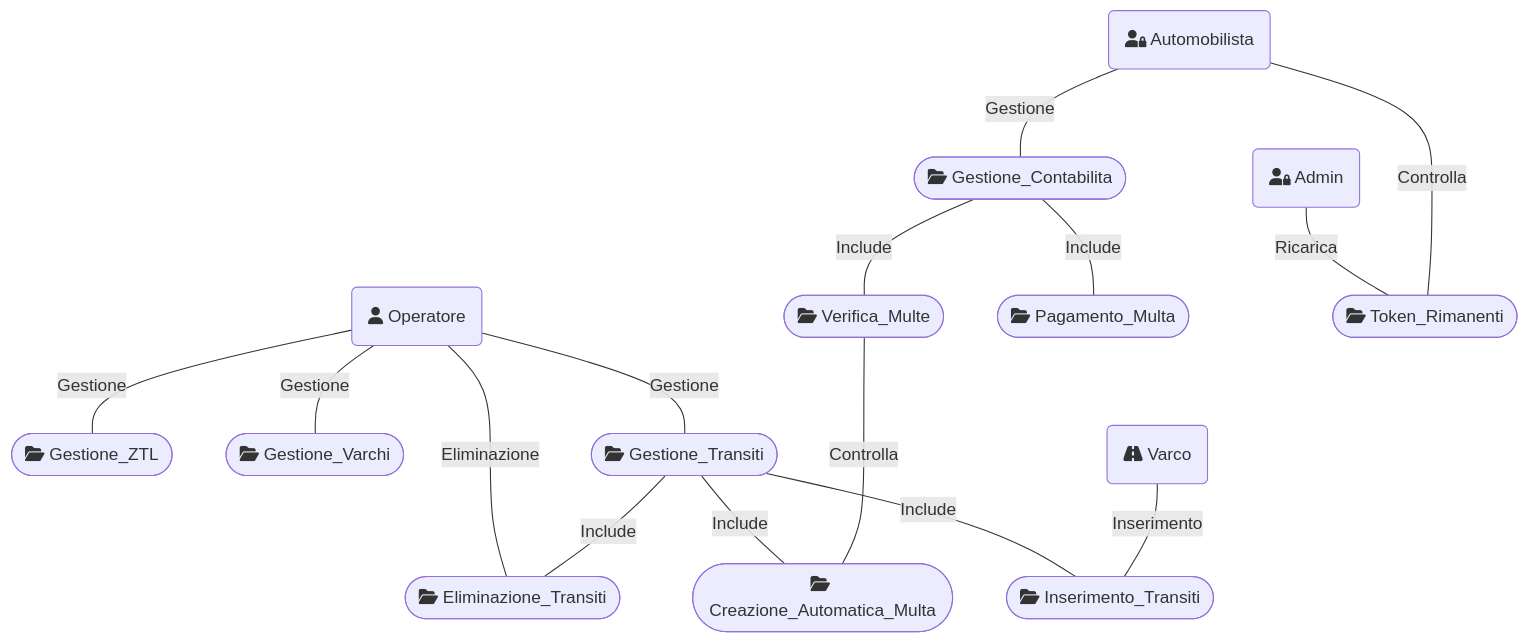
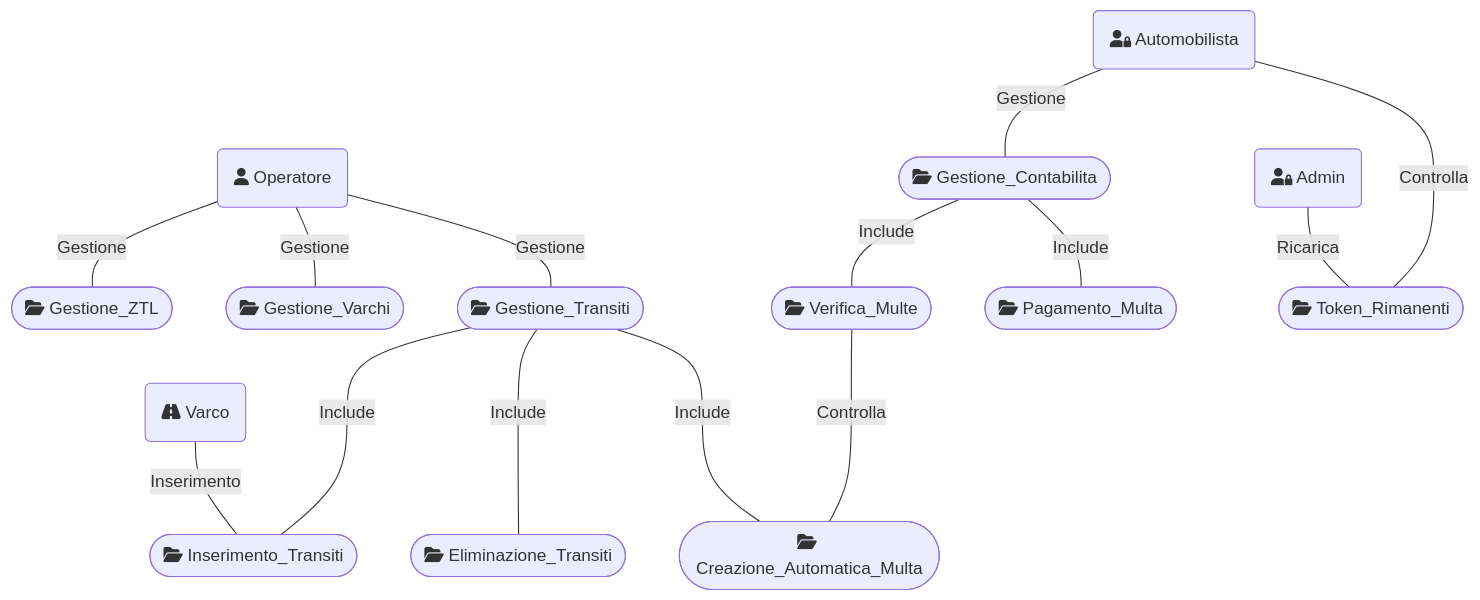
The second of 12 diagrams in README.md (Arianna6400/Adv_Prog), drawn with Mermaid before and after one commit.

Commit message:
Update README.md
correzione casi d'uso

````diff
--- a/README.md
+++ b/README.md
@@ -123,22 +123,21 @@
 ```mermaid
 graph TD
     Operatore(fa:fa-user Operatore) ---|Gestione| GestioneZTL([fa:fa-folder-open Gestione_ZTL])
     Operatore ---|Gestione| GestioneVarchi([fa:fa-folder-open Gestione_Varchi])
     Operatore ---|Gestione| GestioneTransiti([fa:fa-folder-open Gestione_Transiti])
-    Operatore ---|Eliminazione| EliminazioneTransiti([fa:fa-folder-open Eliminazione_e_Update_Transiti])
 
-    GestioneTransiti ---|Include| InserimentoTransiti([fa:fa-folder-open Inserimento_Transiti])
-    GestioneTransiti ---|Include| EliminazioneTransiti([fa:fa-folder-open Eliminazione_Transiti])
-    GestioneTransiti ---|Include| CreazioneAutomaticaMulta([fa:fa-folder-open Creazione_Automatica_Multa])
+    GestioneTransiti ----|Include| InserimentoTransiti([fa:fa-folder-open Inserimento_Transiti])
+    GestioneTransiti ----|Include| EliminazioneTransiti([fa:fa-folder-open Eliminazione_Transiti])
+    GestioneTransiti ----|Include| CreazioneAutomaticaMulta([fa:fa-folder-open Creazione_Automatica_Multa])
 
     VerificaMulte ----|Controlla| CreazioneAutomaticaMulta
     Varco(fa:fa-road Varco) ---|Inserimento| InserimentoTransiti
 
     Automobilista(fa:fa-user-lock Automobilista) ---|Gestione| GestioneContabilita([fa:fa-folder-open Gestione_Contabilita])
 
     GestioneContabilita ---|Include| VerificaMulte([fa:fa-folder-open Verifica_Multe])
     GestioneContabilita ---|Include| PagamentoMulta([fa:fa-folder-open Pagamento_Multa])
 
     Admin(fa:fa-user-lock Admin) ---|Ricarica| TokenRimanenti([fa:fa-folder-open Token_Rimanenti])
     Automobilista ----|Controlla| TokenRimanenti
 ```
````
